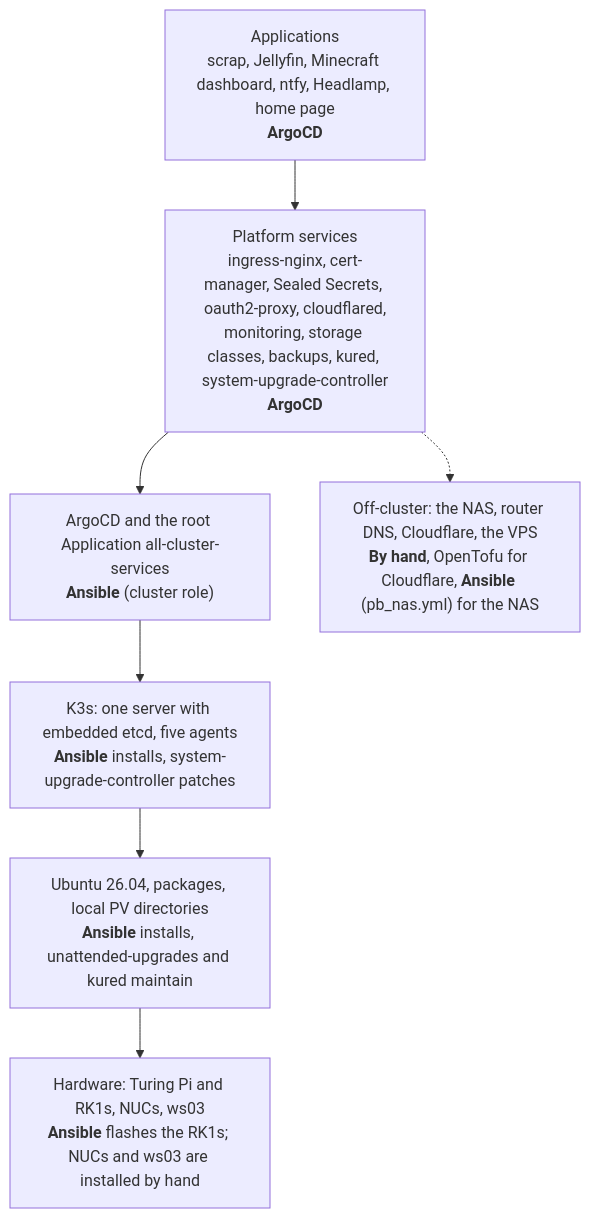
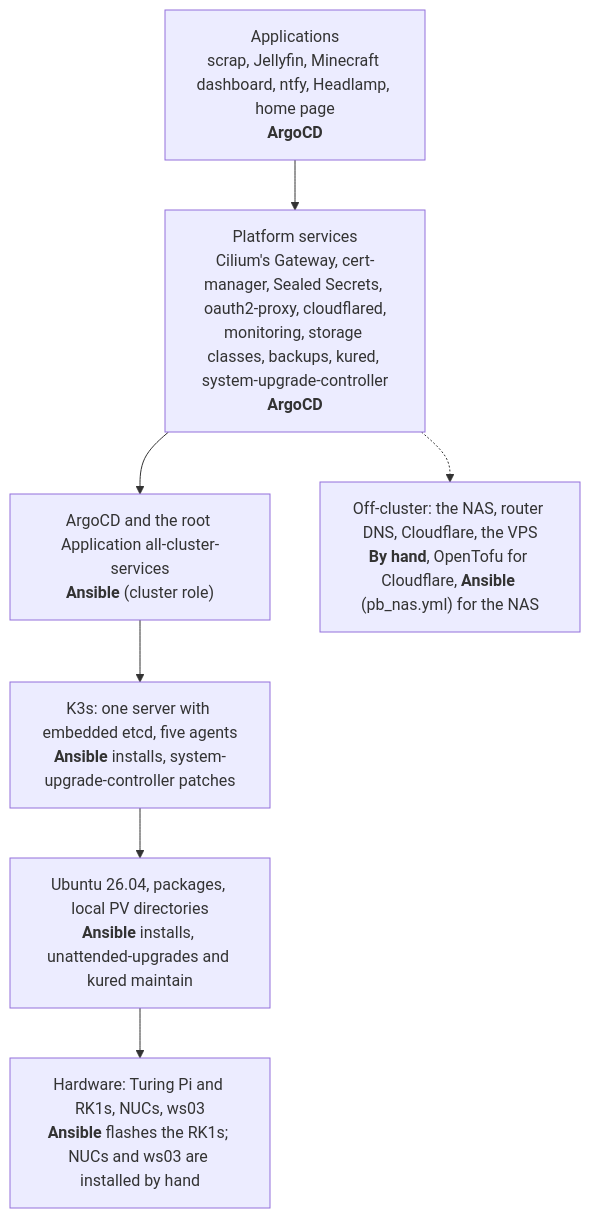
The second of 2 diagrams in docs/explanations/architecture.md (gilesknap/tpi-k3s-ansible), drawn with Mermaid before and after one commit. The commit also changed other lines of this file and 32 other files, not shown here.

First line of the commit message:
Docs: ingress-nginx is gone, the Gateway serves everything

````diff
--- a/docs/explanations/architecture.md
+++ b/docs/explanations/architecture.md
@@ -60,13 +60,13 @@
 ```mermaid
 flowchart TB
     APPS["Applications<br/>scrap, Jellyfin, Minecraft dashboard, ntfy, Headlamp, home page<br/><b>ArgoCD</b>"]
-    PLAT["Platform services<br/>ingress-nginx, cert-manager, Sealed Secrets, oauth2-proxy, cloudflared,<br/>monitoring, storage classes, backups, kured, system-upgrade-controller<br/><b>ArgoCD</b>"]
+    PLAT["Platform services<br/>Cilium's Gateway, cert-manager, Sealed Secrets, oauth2-proxy, cloudflared,<br/>monitoring, storage classes, backups, kured, system-upgrade-controller<br/><b>ArgoCD</b>"]
     ARGO["ArgoCD and the root Application all-cluster-services<br/><b>Ansible</b> (cluster role)"]
     K3S["K3s: one server with embedded etcd, five agents<br/><b>Ansible</b> installs, system-upgrade-controller patches"]
     OS["Ubuntu 26.04, packages, local PV directories<br/><b>Ansible</b> installs, unattended-upgrades and kured maintain"]
     HW["Hardware: Turing Pi and RK1s, NUCs, ws03<br/><b>Ansible</b> flashes the RK1s; NUCs and ws03 are installed by hand"]
     EXT["Off-cluster: the NAS, router DNS, Cloudflare, the VPS<br/><b>By hand</b>, OpenTofu for Cloudflare, <b>Ansible</b> (pb_nas.yml) for the NAS"]
 
     APPS --> PLAT --> ARGO --> K3S --> OS --> HW
     PLAT -.-> EXT
 ```
````
